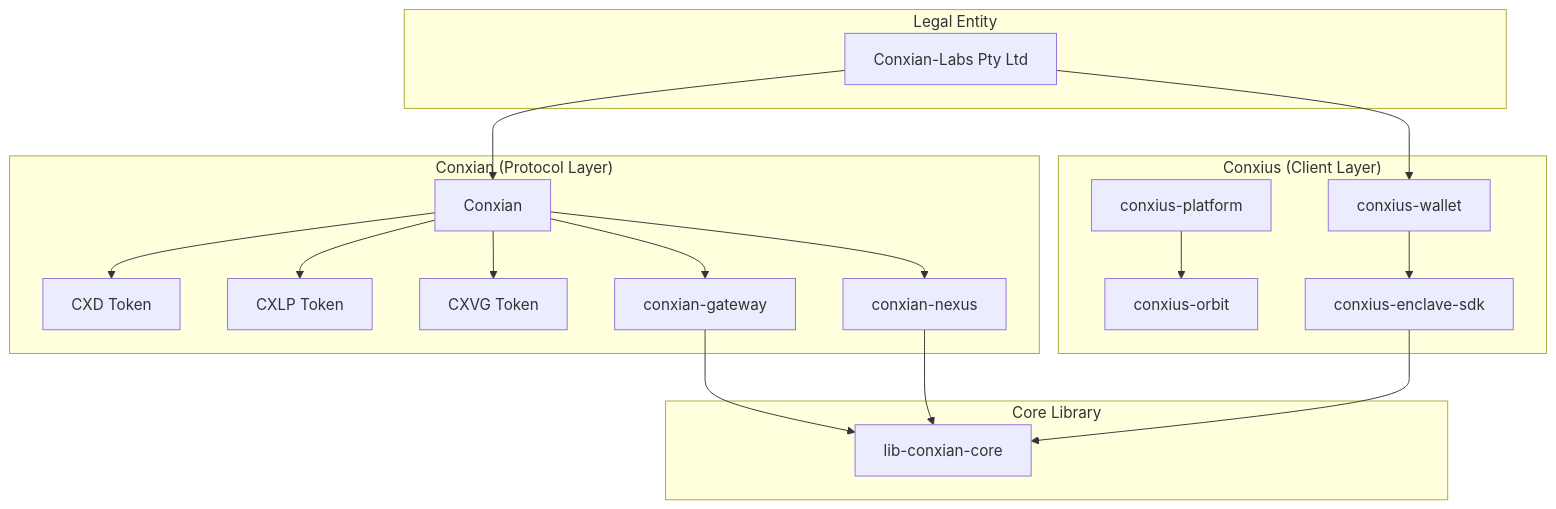
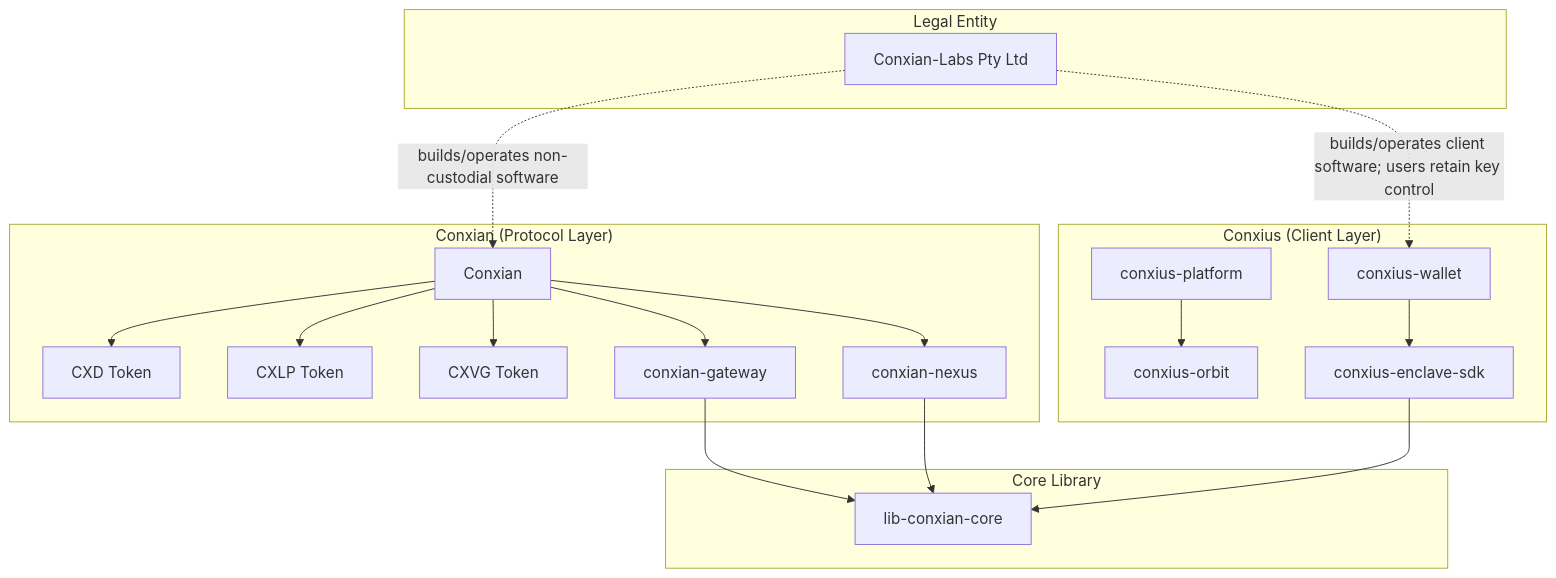
The second of 2 diagrams in BOS_KNOWLEDGE_GRAPH.md (Conxian/conxian-business), drawn with Mermaid before and after one commit. The commit also changed other lines of this file and 14 other files, not shown here.

````diff
--- a/BOS_KNOWLEDGE_GRAPH.md
+++ b/BOS_KNOWLEDGE_GRAPH.md
@@ -147,43 +164,43 @@
 ```mermaid
 graph TB
     subgraph "Legal Entity"
         CL[Conxian-Labs Pty Ltd]
     end
-    
+
     subgraph "Conxian (Protocol Layer)"
         CNX[Conxian]
         CXD[CXD Token]
         CXLP[CXLP Token]
         CXVG[CXVG Token]
         NEXUS[conxian-nexus]
         GATEWAY[conxian-gateway]
     end
-    
+
     subgraph "Conxius (Client Layer)"
         WALLET[conxius-wallet]
         PLATFORM[conxius-platform]
         ORBIT[conxius-orbit]
         ENCLAVE[conxius-enclave-sdk]
     end
-    
+
     subgraph "Core Library"
         CORE[lib-conxian-core]
     end
-    
-    CL --> CNX
-    CL --> WALLET
-    
+
+    CL -.->|builds/operates non-custodial software| CNX
+    CL -.->|builds/operates client software; users retain key control| WALLET
+
     CNX --> CXD
     CNX --> CXLP
     CNX --> CXVG
-    
+
     CNX --> GATEWAY
     CNX --> NEXUS
-    
+
     GATEWAY --> CORE
     NEXUS --> CORE
     ENCLAVE --> CORE
-    
+
     WALLET --> ENCLAVE
     PLATFORM --> ORBIT
 ```
````
